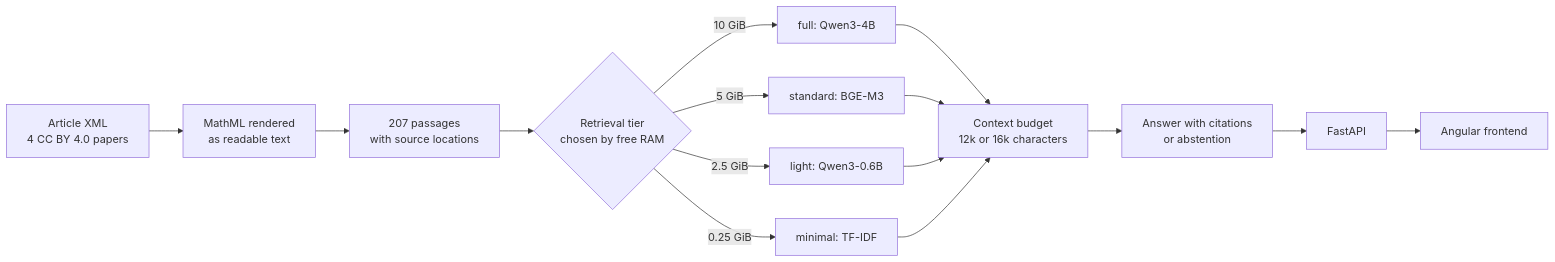
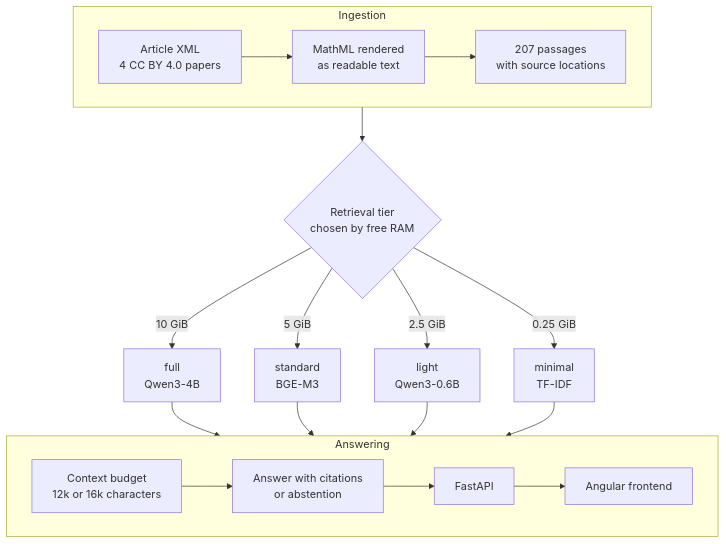
One commit to Timerk/ResearchLens changed the diagram in README.md. Above: the diagram before and after it, drawn with Mermaid.

Commit message:
Lay out README architecture diagram top-down

````diff
--- a/README.md
+++ b/README.md
@@ -42,13 +42,17 @@
 ```mermaid
-flowchart LR
-    A["Article XML<br/>4 CC BY 4.0 papers"] --> B["MathML rendered<br/>as readable text"]
-    B --> C["207 passages<br/>with source locations"]
-    C --> D{"Retrieval tier<br/>chosen by free RAM"}
-    D -->|"10 GiB"| E1["full: Qwen3-4B"]
-    D -->|"5 GiB"| E2["standard: BGE-M3"]
-    D -->|"2.5 GiB"| E3["light: Qwen3-0.6B"]
-    D -->|"0.25 GiB"| E4["minimal: TF-IDF"]
-    E1 & E2 & E3 & E4 --> F["Context budget<br/>12k or 16k characters"]
-    F --> G["Answer with citations<br/>or abstention"]
-    G --> H["FastAPI"] --> I["Angular frontend"]
+flowchart TD
+    subgraph ingest["Ingestion"]
+        direction LR
+        A["Article XML<br/>4 CC BY 4.0 papers"] --> B["MathML rendered<br/>as readable text"] --> C["207 passages<br/>with source locations"]
+    end
+    ingest --> D{"Retrieval tier<br/>chosen by free RAM"}
+    D -->|"10 GiB"| E1["full<br/>Qwen3-4B"]
+    D -->|"5 GiB"| E2["standard<br/>BGE-M3"]
+    D -->|"2.5 GiB"| E3["light<br/>Qwen3-0.6B"]
+    D -->|"0.25 GiB"| E4["minimal<br/>TF-IDF"]
+    E1 & E2 & E3 & E4 --> answer
+    subgraph answer["Answering"]
+        direction LR
+        F["Context budget<br/>12k or 16k characters"] --> G["Answer with citations<br/>or abstention"] --> H["FastAPI"] --> I["Angular frontend"]
+    end
 ```
````
